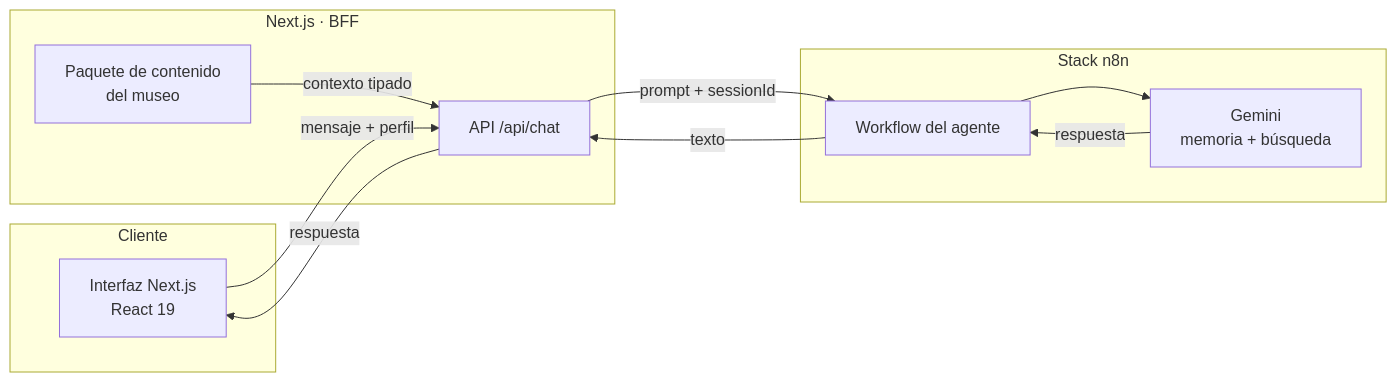
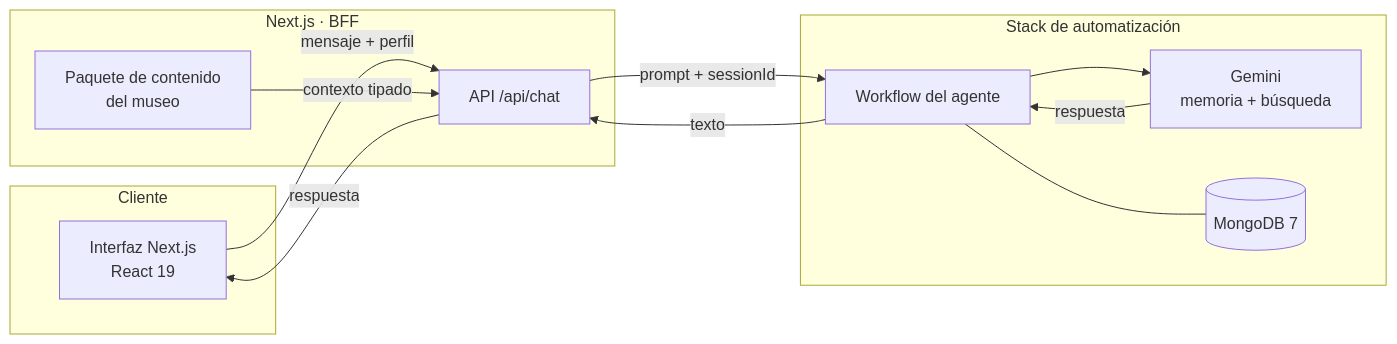
One commit to miguelarb-842/sistema_auka changed the diagram in README.md. Above: the diagram before and after it, drawn with Mermaid. The commit also changed other lines of this file, not shown here.

Commit message:
docs(readme): agregar MongoDB al stack de automatización

````diff
--- a/README.md
+++ b/README.md
@@ -110,24 +111,26 @@
 ```mermaid
 flowchart LR
   subgraph Cliente
     A[Interfaz Next.js<br/>React 19]
   end
 
   subgraph Servidor["Next.js · BFF"]
     B[API /api/chat]
     C[Paquete de contenido<br/>del museo]
   end
 
-  subgraph Automatización["Stack n8n"]
+  subgraph Automatización["Stack de automatización"]
     D[Workflow del agente]
     E[Gemini<br/>memoria + búsqueda]
+    F[(MongoDB 7)]
   end
 
   A -->|mensaje + perfil| B
   C -->|contexto tipado| B
   B -->|prompt + sessionId| D
   D --> E
+  D --- F
   E -->|respuesta| D
   D -->|texto| B
   B -->|respuesta| A
 ```
````
